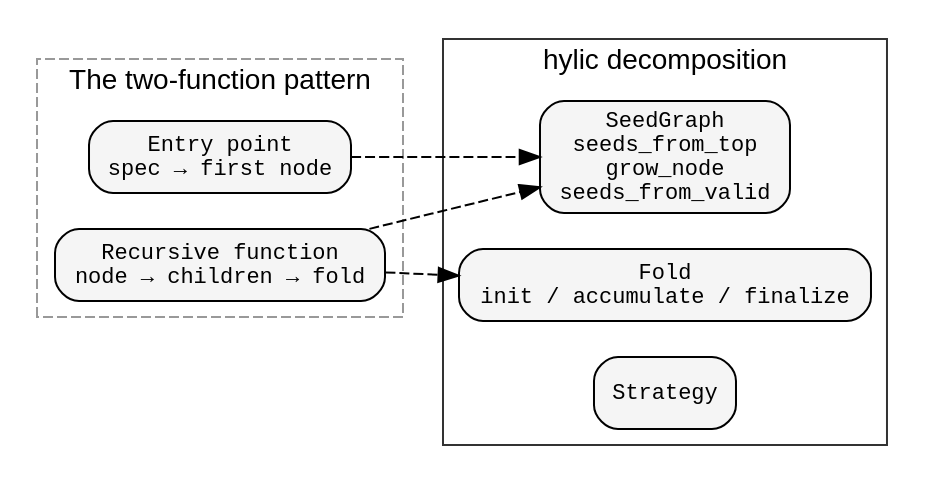
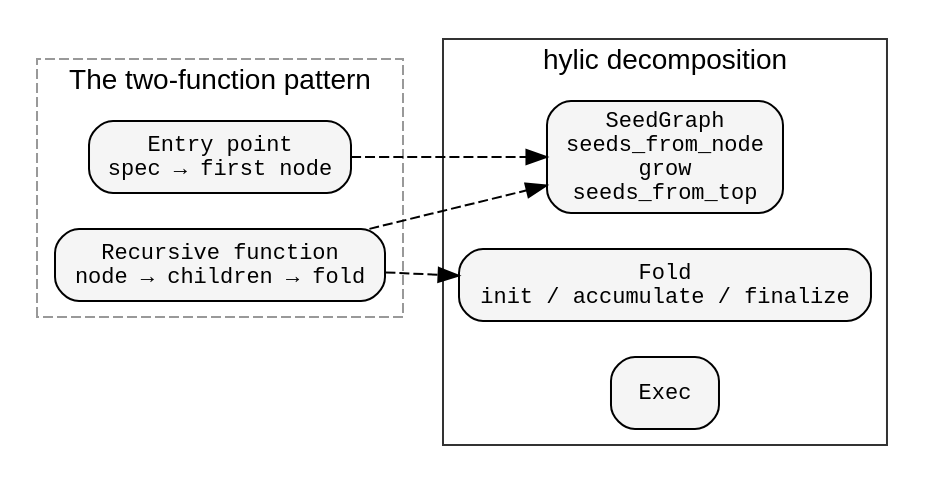
One commit to hylic-recursion/hylic-docs changed the diagram in book/src/design/two_function_problem.md. Above: the diagram before and after it, drawn with Graphviz. The commit also changed other lines of this file and 10 other files, not shown here.

First line of the commit message:
Docs overhaul: all pages reflect current architecture

````diff
--- a/book/src/design/two_function_problem.md
+++ b/book/src/design/two_function_problem.md
@@ -38,30 +36,30 @@
 ```dot process
 digraph {
     rankdir=LR;
     node [shape=box, style="rounded,filled", fillcolor="#f5f5f5", fontname="monospace", fontsize=11];
     edge [fontname="sans-serif", fontsize=10, style=dashed];
 
     subgraph cluster_old {
         label="The two-function pattern";
         style=dashed;
         color="#999999";
         fontname="sans-serif";
         E [label="Entry point\nspec → first node"];
         R [label="Recursive function\nnode → children → fold"];
     }
 
     subgraph cluster_new {
         label="hylic decomposition";
         style=solid;
         color="#333333";
         fontname="sans-serif";
-        SG [label="SeedGraph\nseeds_from_top\ngrow_node\nseeds_from_valid"];
+        SG [label="SeedGraph\nseeds_from_node\ngrow\nseeds_from_top"];
         F  [label="Fold\ninit / accumulate / finalize"];
-        S  [label="Strategy"];
+        EX [label="Exec"];
     }
 
     E -> SG;
     R -> SG;
     R -> F;
 }
 ```
````
